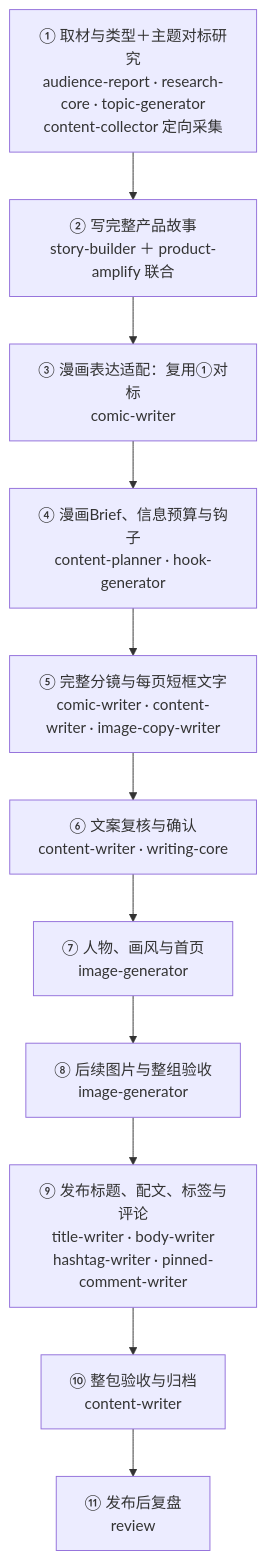
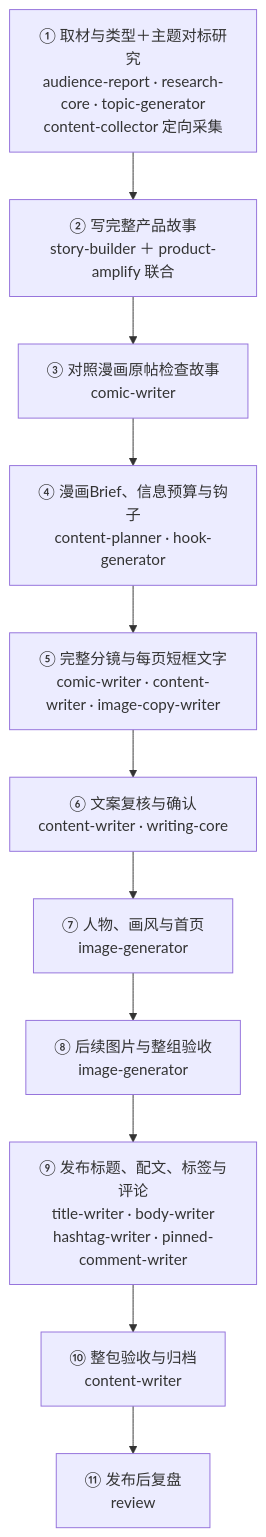
Before and after one commit to EloiseCai/second-brain: the diagram in skills/comic-writer/references/workflow.md, drawn with Mermaid. The commit also changed other lines of this file and 4 other files, not shown here.

````diff
--- a/skills/comic-writer/references/workflow.md
+++ b/skills/comic-writer/references/workflow.md
@@ -7,15 +7,15 @@
 ```mermaid
 flowchart TD
  A["① 取材与类型＋主题对标研究<br/>audience-report · research-core · topic-generator<br/>content-collector 定向采集"]
  B["② 写完整产品故事<br/>story-builder ＋ product-amplify 联合"]
- C["③ 漫画表达适配：复用①对标<br/>comic-writer"]
+ C["③ 对照漫画原帖检查故事<br/>comic-writer"]
  D["④ 漫画Brief、信息预算与钩子<br/>content-planner · hook-generator"]
  E["⑤ 完整分镜与每页短框文字<br/>comic-writer · content-writer · image-copy-writer"]
  F["⑥ 文案复核与确认<br/>content-writer · writing-core"]
  G["⑦ 人物、画风与首页<br/>image-generator"]
  H["⑧ 后续图片与整组验收<br/>image-generator"]
  I["⑨ 发布标题、配文、标签与评论<br/>title-writer · body-writer<br/>hashtag-writer · pinned-comment-writer"]
  J["⑩ 整包验收与归档<br/>content-writer"]
  K["⑪ 发布后复盘<br/>review"]
  A --> B --> C --> D --> E --> F --> G --> H --> I --> J --> K
 ```
````
